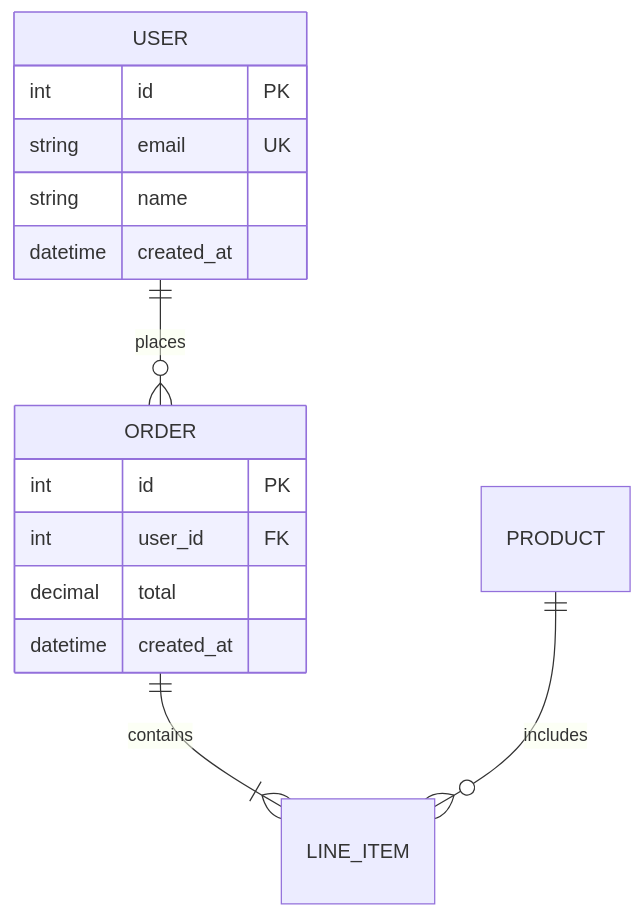
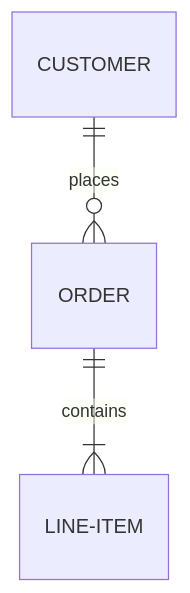
One commit to runkids/claude-skill-registry changed the fifth of 30 diagrams in skills/data/mermaid-diagrams/SKILL.md. Above: the diagram before and after it, drawn with Mermaid. The commit also changed other lines of this file and 32122 other files, not shown here.

````diff
--- a/skills/data/mermaid-diagrams/SKILL.md
+++ b/skills/data/mermaid-diagrams/SKILL.md
@@ -115,20 +65,5 @@
 ```mermaid
 erDiagram
-    USER ||--o{ ORDER : places
-    ORDER ||--|{ LINE_ITEM : contains
-    PRODUCT ||--o{ LINE_ITEM : includes
-    
-    USER {
-        int id PK
-        string email UK
-        string name
-        datetime created_at
-    }
-    
-    ORDER {
-        int id PK
-        int user_id FK
-        decimal total
-        datetime created_at
-    }
+    CUSTOMER ||--o{ ORDER : places
+    ORDER ||--|{ LINE-ITEM : contains
 ```
````
